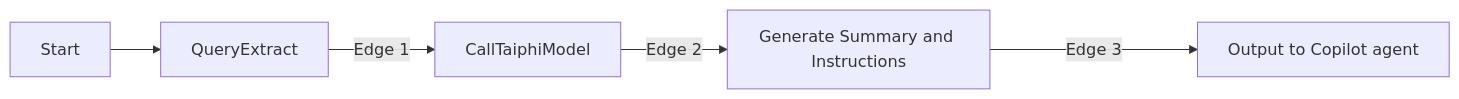
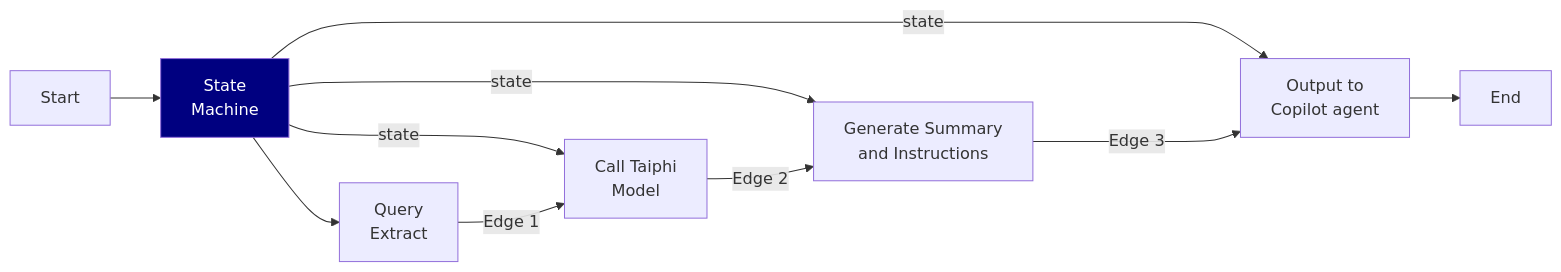
Before and after one commit to surfai/coffeemug: the diagram in docs/index.md, drawn with Mermaid. The commit also changed other lines of this file and 11 other files, not shown here.

````diff
--- a/docs/index.md
+++ b/docs/index.md
@@ -4,7 +10,14 @@
 ```mermaid
 graph LR
-  A[Start] --> B[QueryExtract];
-  B -->|Edge 1| C[CallTaiphiModel];
-  C --> |Edge 2|D[Generate Summary and Instructions];
-  D ---->|Edge 3| E[Output to Copilot agent];
+  A[Start] --> G[State<br>Machine]
+  G --> B[Query<br>Extract]
+  G --> |state| C
+  G --> |state| D
+  G --> |state| E
+  B -->|Edge 1| C[Call Taiphi<br>Model]
+  C --> |Edge 2|D[Generate Summary<br>and Instructions]
+  D ---->|Edge 3| E[Output to<br>Copilot agent]
+  E --> F[End]
+  
+  style G fill:#000080,color:#ffffff
 ```
````
